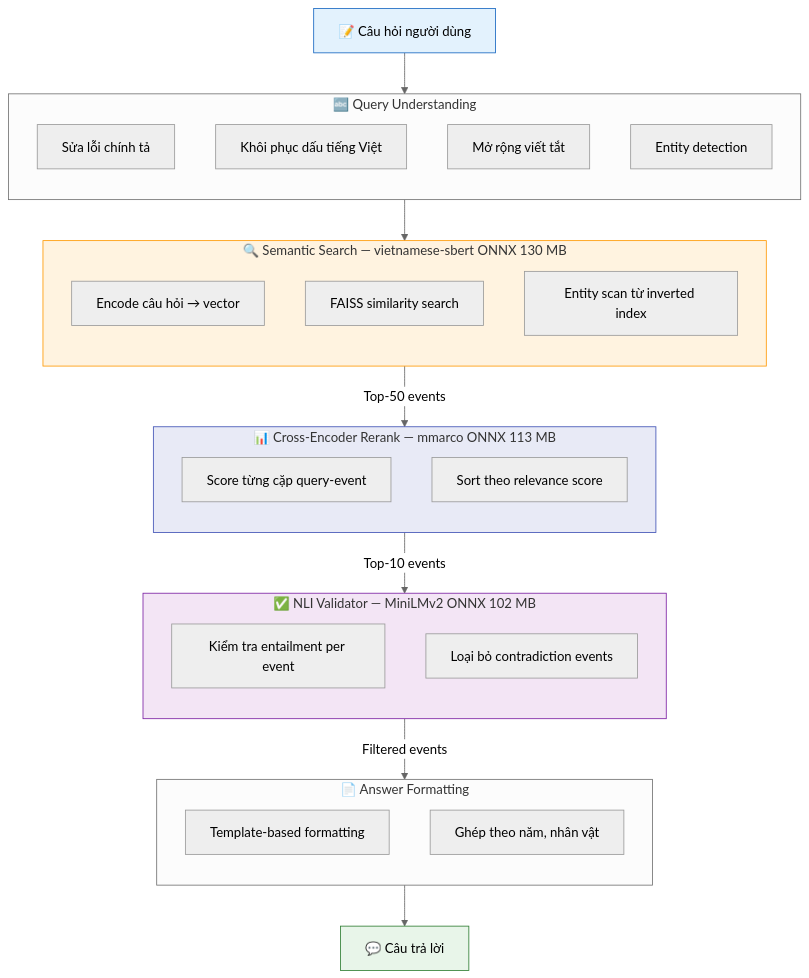
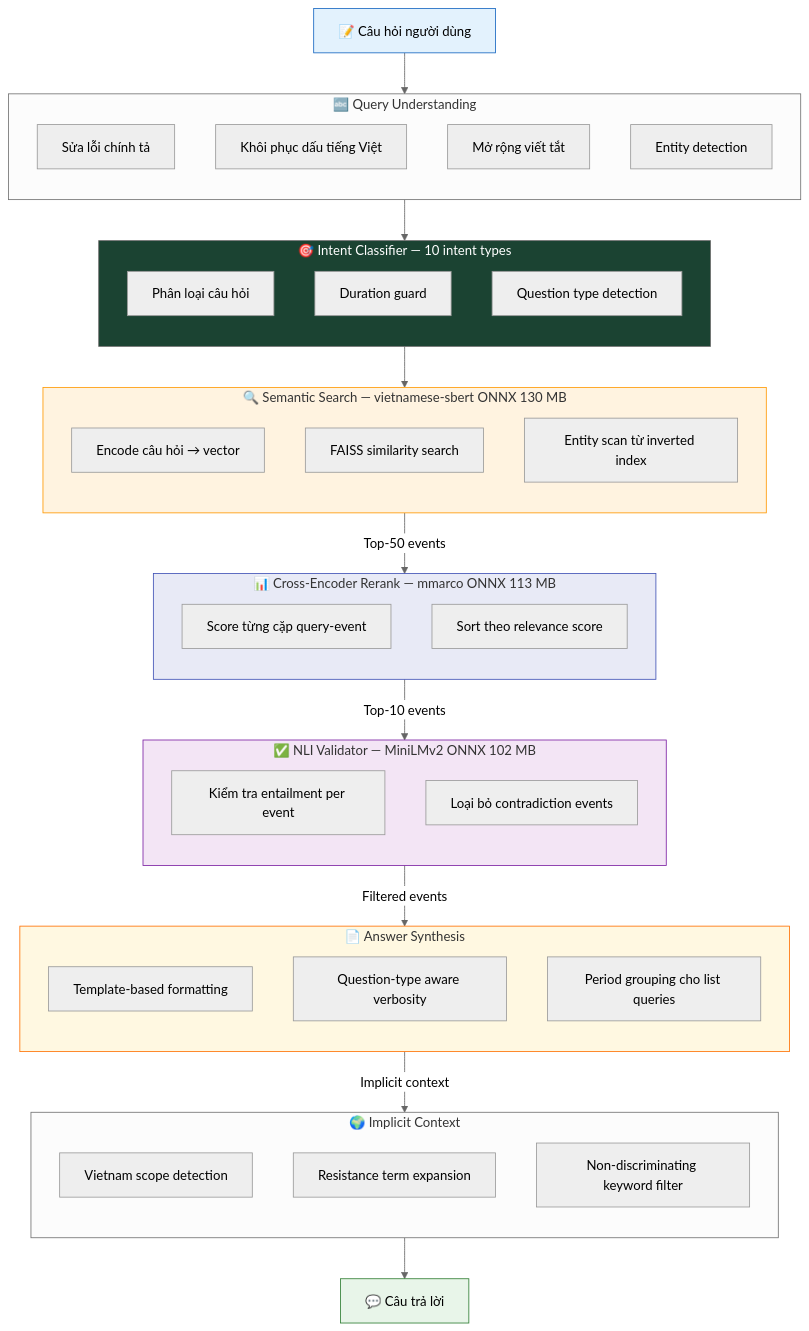
Before and after one commit to HistoryMindAI/vietnam_history_dataset: diagram 18 of 21 in AI_DEVELOPMENT_ROADMAP.md, drawn with Mermaid (neutral theme). The commit also changed other lines of this file and 7 other files, not shown here.

````diff
--- a/AI_DEVELOPMENT_ROADMAP.md
+++ b/AI_DEVELOPMENT_ROADMAP.md
@@ -319,53 +513,74 @@
 ```mermaid
 flowchart TD
     Q["📝 Câu hỏi người dùng"] --> NLU
 
     subgraph NLU["🔤 Query Understanding"]
         direction TB
         N1["Sửa lỗi chính tả"]
         N2["Khôi phục dấu tiếng Việt"]
         N3["Mở rộng viết tắt"]
         N4["Entity detection"]
     end
 
-    NLU --> Search
+    NLU --> IC
+
+    subgraph IC["🎯 Intent Classifier — 10 intent types"]
+        direction TB
+        IC1["Phân loại câu hỏi"]
+        IC2["Duration guard"]
+        IC3["Question type detection"]
+    end
+
+    IC --> Search
 
     subgraph Search["🔍 Semantic Search — vietnamese-sbert ONNX 130 MB"]
         direction TB
         S1["Encode câu hỏi → vector"]
         S2["FAISS similarity search"]
         S3["Entity scan từ inverted index"]
     end
 
     Search -->|"Top-50 events"| Rerank
 
     subgraph Rerank["📊 Cross-Encoder Rerank — mmarco ONNX 113 MB"]
         direction TB
         R1["Score từng cặp query-event"]
         R2["Sort theo relevance score"]
     end
 
     Rerank -->|"Top-10 events"| NLI
 
     subgraph NLI["✅ NLI Validator — MiniLMv2 ONNX 102 MB"]
         direction TB
         V1["Kiểm tra entailment per event"]
         V2["Loại bỏ contradiction events"]
     end
 
-    NLI -->|"Filtered events"| Format
+    NLI -->|"Filtered events"| Synth
 
-    subgraph Format["📄 Answer Formatting"]
+    subgraph Synth["📄 Answer Synthesis"]
         direction TB
-        F1["Template-based formatting"]
-        F2["Ghép theo năm, nhân vật"]
+        AS1["Template-based formatting"]
+        AS2["Question-type aware verbosity"]
+        AS3["Period grouping cho list queries"]
+    end
+
+    Synth -->|"Implicit context"| Format
+
+    subgraph Format["🌍 Implicit Context"]
+        direction TB
+        F1["Vietnam scope detection"]
+        F2["Resistance term expansion"]
+        F3["Non-discriminating keyword filter"]
     end
 
     Format --> A["💬 Câu trả lời"]
 
     style Q fill:#E3F2FD,stroke:#1565C0
     style A fill:#E8F5E9,stroke:#2E7D32
+    style IC fill:#1b4332,color:#fff
     style Search fill:#FFF3E0,stroke:#FF9800
     style Rerank fill:#E8EAF6,stroke:#3F51B5
     style NLI fill:#F3E5F5,stroke:#7B1FA2
+    style Synth fill:#FFF8E1,stroke:#FF6F00
 ```
````
